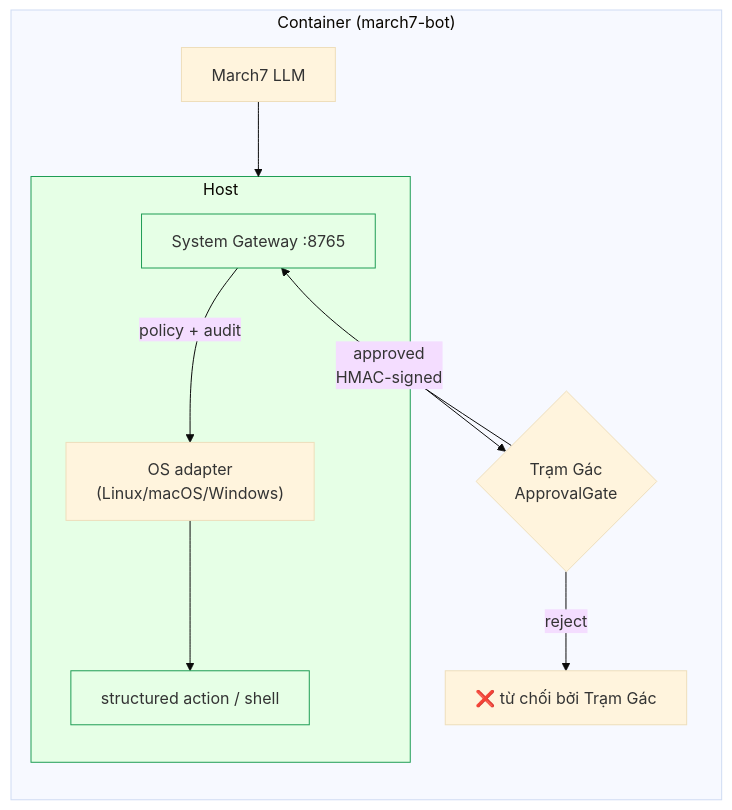
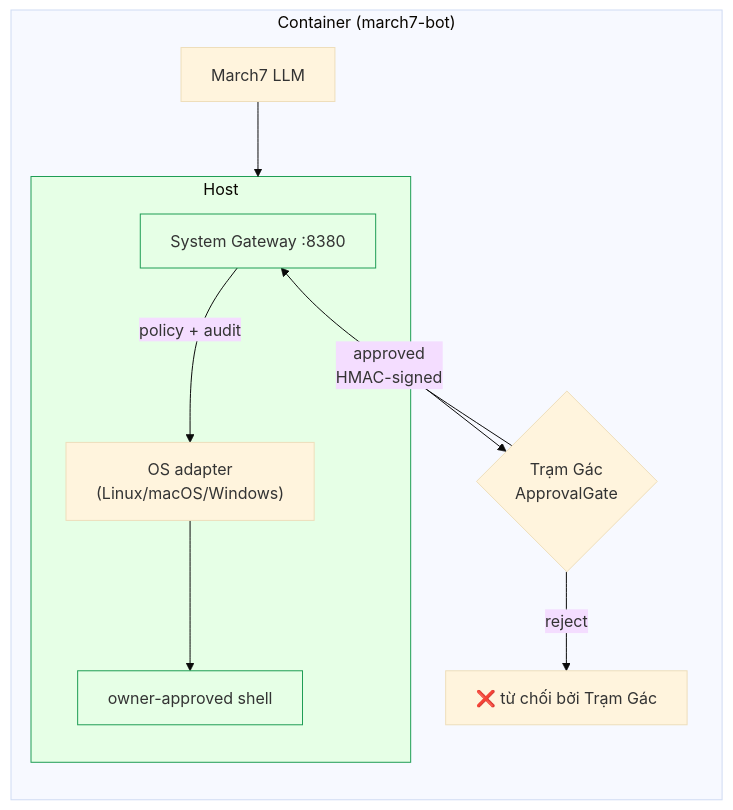
One commit to Flowerf19/Harness_agent changed the second of 2 diagrams in README.md. Above: the diagram before and after it, drawn with Mermaid (base theme). The commit also changed other lines of this file and 16 other files, not shown here.

````diff
--- a/README.md
+++ b/README.md
@@ -84,14 +84,14 @@
 ```mermaid
 flowchart LR
     subgraph C["Container (march7-bot)"]
         LLM[March7 LLM] --> H["host_system"]:::cur
         H --> G{"Trạm Gác<br/>ApprovalGate"}
         G -->|reject| RA["❌ từ chối bởi Trạm Gác"]
     end
-    G -->|approved<br/>HMAC-signed| N["System Gateway :8765"]:::cur
+    G -->|approved<br/>HMAC-signed| N["System Gateway :8380"]:::cur
     subgraph H["Host"]
         N -->|policy + audit| X["OS adapter<br/>(Linux/macOS/Windows)"]
-        X --> R["structured action / shell"]:::cur
+        X --> R["owner-approved shell"]:::cur
     end
     classDef cur fill:#e6ffe6,stroke:#1f9d55;
 ```
````
